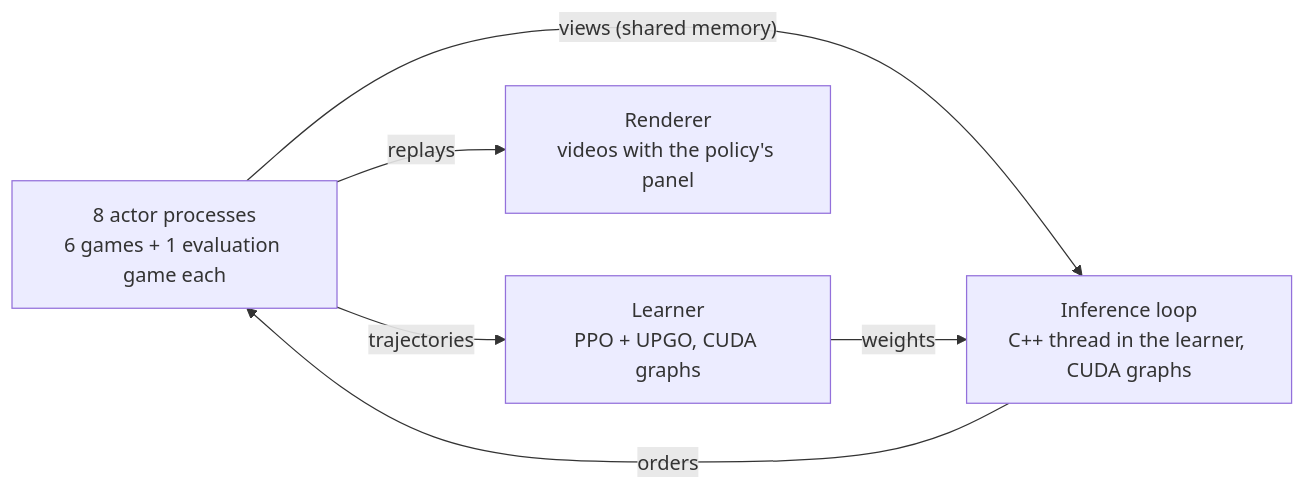
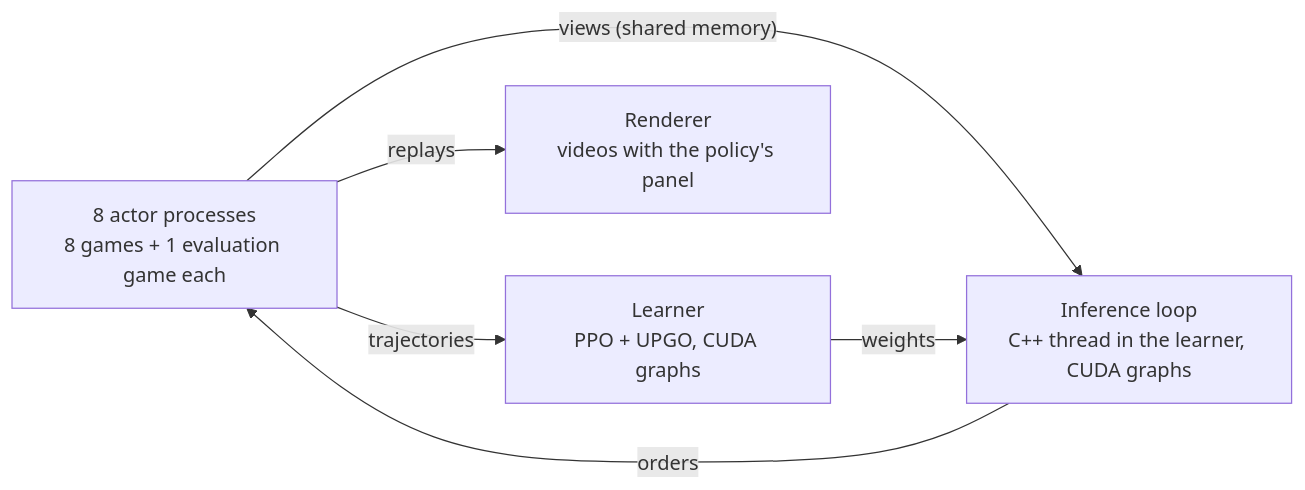
Before and after one commit to RobinKa/warcraftsim: the second of 4 diagrams in docs/architecture.md, drawn with Mermaid. The commit also changed other lines of this file and 8 other files, not shown here.

````diff
--- a/docs/architecture.md
+++ b/docs/architecture.md
@@ -30,8 +31,8 @@
 ```mermaid
 flowchart LR
-  A["8 actor processes<br/>6 games + 1 evaluation game each"] -- "views (shared memory)" --> I["Inference loop<br/>C++ thread in the learner, CUDA graphs"]
+  A["8 actor processes<br/>8 games + 1 evaluation game each"] -- "views (shared memory)" --> I["Inference loop<br/>C++ thread in the learner, CUDA graphs"]
   I -- "orders" --> A
   A -- "trajectories" --> L["Learner<br/>PPO + UPGO, CUDA graphs"]
   L -- "weights" --> I
   A -- "replays" --> R["Renderer<br/>videos with the policy's panel"]
 ```
````
